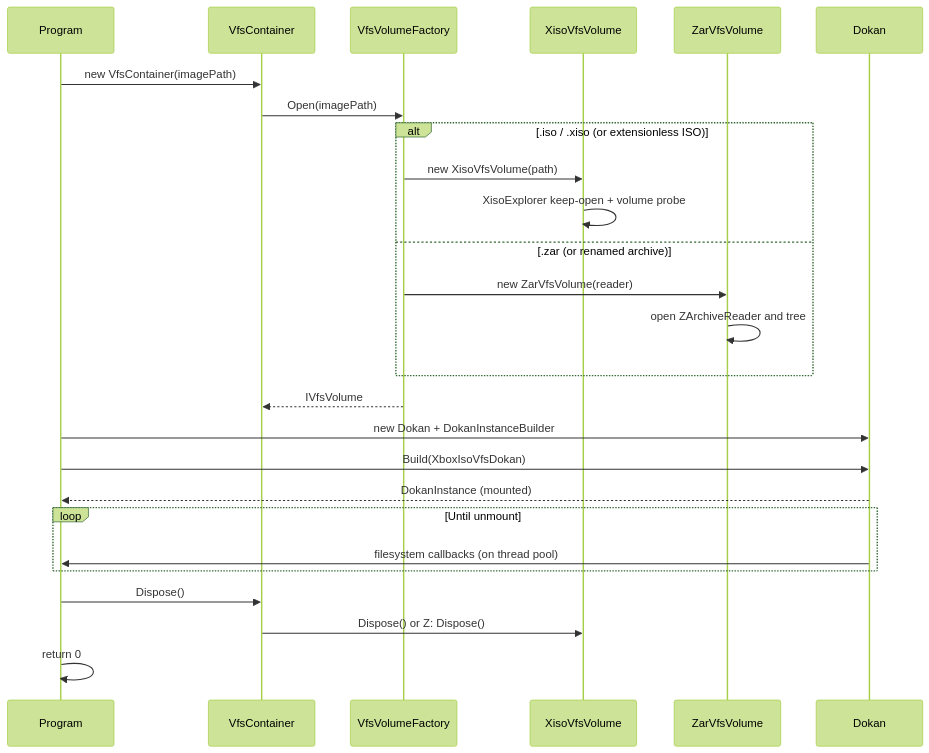
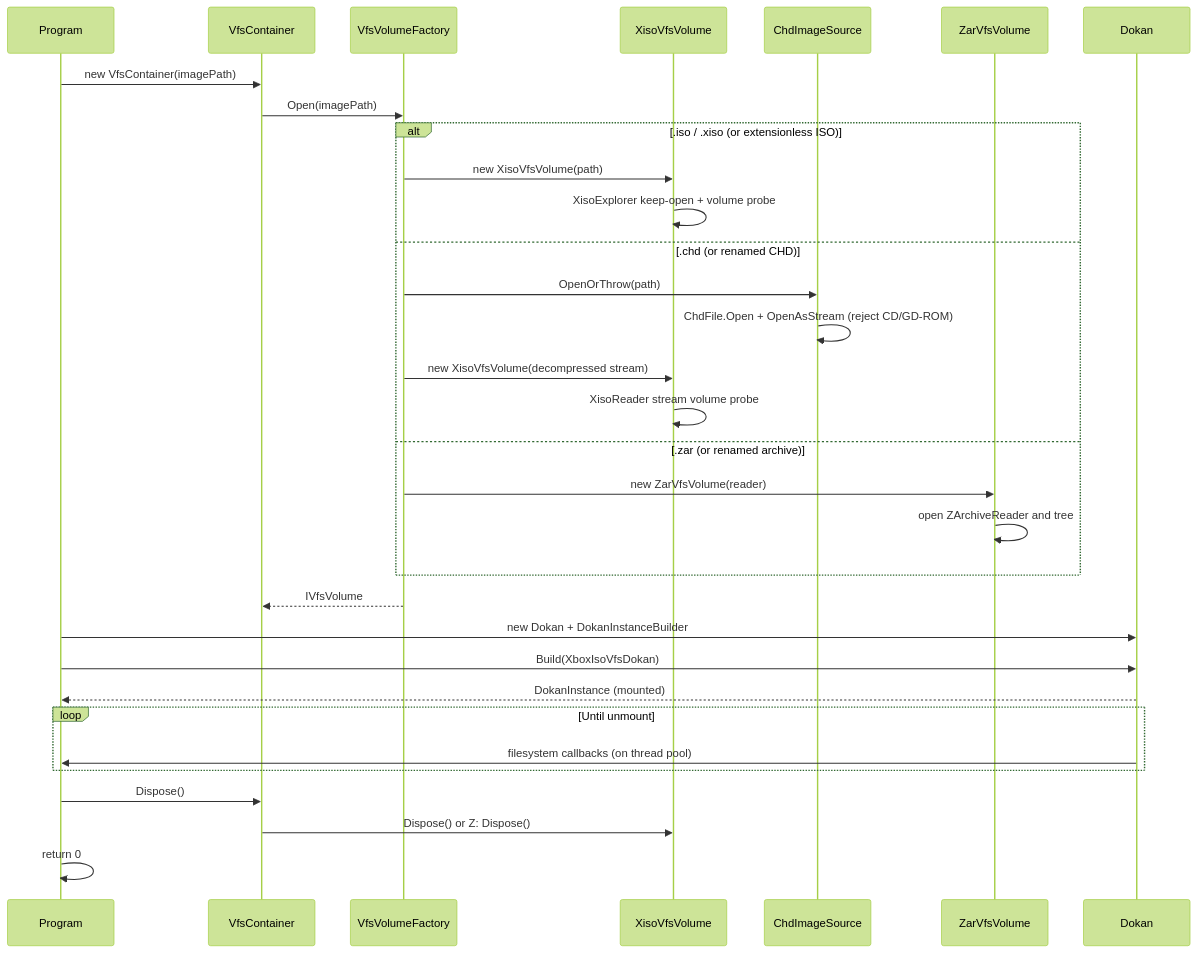
Before and after one commit to purelogiccode/SimpleXisoDrive: the second of 2 diagrams in docs/Architecture.md, drawn with Mermaid (forest theme). The commit also changed other lines of this file and 22 other files, not shown here.

````diff
--- a/docs/Architecture.md
+++ b/docs/Architecture.md
@@ -109,29 +111,35 @@
 ```mermaid
 sequenceDiagram
     participant P as Program
     participant V as VfsContainer
     participant F as VfsVolumeFactory
     participant X as XisoVfsVolume
+    participant C as ChdImageSource
     participant Z as ZarVfsVolume
     participant DK as Dokan
 
     P->>V: new VfsContainer(imagePath)
     V->>F: Open(imagePath)
     alt .iso / .xiso (or extensionless ISO)
         F->>X: new XisoVfsVolume(path)
         X->>X: XisoExplorer keep-open + volume probe
+    else .chd (or renamed CHD)
+        F->>C: OpenOrThrow(path)
+        C->>C: ChdFile.Open + OpenAsStream (reject CD/GD-ROM)
+        F->>X: new XisoVfsVolume(decompressed stream)
+        X->>X: XisoReader stream volume probe
     else .zar (or renamed archive)
         F->>Z: new ZarVfsVolume(reader)
         Z->>Z: open ZArchiveReader and tree
     end
     F-->>V: IVfsVolume
     P->>DK: new Dokan + DokanInstanceBuilder
     P->>DK: Build(XboxIsoVfsDokan)
     DK-->>P: DokanInstance (mounted)
     loop Until unmount
         DK->>P: filesystem callbacks (on thread pool)
     end
     P->>V: Dispose()
     V->>X: Dispose() or Z: Dispose()
     P->>P: return 0
 ```
````
